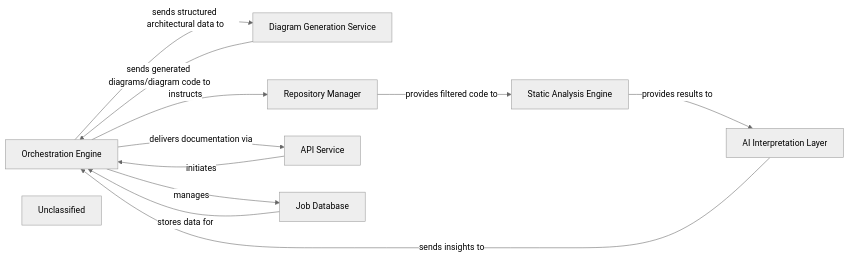
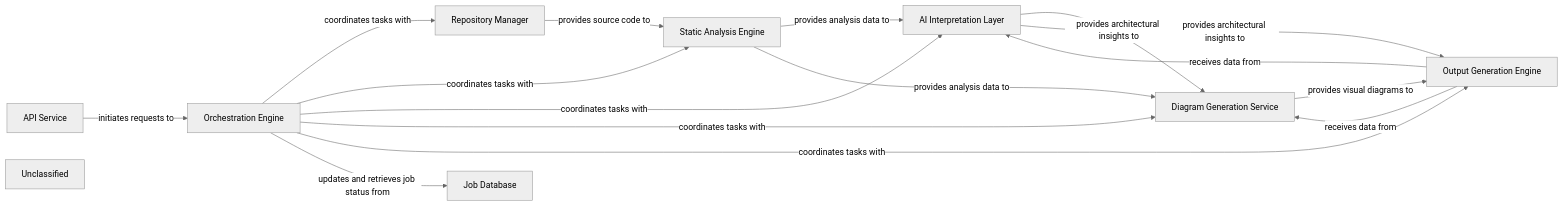
One commit to CodeBoarding/CodeBoarding changed the diagram in .codeboarding/Diagram_Generation_Service.md. Above: the diagram before and after it, drawn with Mermaid (neutral theme). The commit also changed other lines of this file and 11 other files, not shown here.

First line of the commit message:
docs: update codeboarding documentation and generate architecture

````diff
--- a/.codeboarding/Diagram_Generation_Service.md
+++ b/.codeboarding/Diagram_Generation_Service.md
@@ -1,24 +1,31 @@
 ```mermaid
 graph LR
+    API_Service["API Service"]
     Orchestration_Engine["Orchestration Engine"]
+    Repository_Manager["Repository Manager"]
+    Static_Analysis_Engine["Static Analysis Engine"]
+    AI_Interpretation_Layer["AI Interpretation Layer"]
+    Job_Database["Job Database"]
     Diagram_Generation_Service["Diagram Generation Service"]
-    AI_Interpretation_Layer["AI Interpretation Layer"]
-    Static_Analysis_Engine["Static Analysis Engine"]
-    Repository_Manager["Repository Manager"]
-    API_Service["API Service"]
-    Job_Database["Job Database"]
+    Output_Generation_Engine["Output Generation Engine"]
     Unclassified["Unclassified"]
-    API_Service -- "initiates" --> Orchestration_Engine
-    Orchestration_Engine -- "instructs" --> Repository_Manager
-    Repository_Manager -- "provides filtered code to" --> Static_Analysis_Engine
-    Static_Analysis_Engine -- "provides results to" --> AI_Interpretation_Layer
-    AI_Interpretation_Layer -- "sends insights to" --> Orchestration_Engine
-    Orchestration_Engine -- "sends structured architectural data to" --> Diagram_Generation_Service
-    Diagram_Generation_Service -- "sends generated diagrams/diagram code to" --> Orchestration_Engine
-    Orchestration_Engine -- "delivers documentation via" --> API_Service
-    Orchestration_Engine -- "manages" --> Job_Database
-    Job_Database -- "stores data for" --> Orchestration_Engine
+    API_Service -- "initiates requests to" --> Orchestration_Engine
+    Orchestration_Engine -- "coordinates tasks with" --> Repository_Manager
+    Orchestration_Engine -- "coordinates tasks with" --> Static_Analysis_Engine
+    Orchestration_Engine -- "coordinates tasks with" --> AI_Interpretation_Layer
+    Orchestration_Engine -- "coordinates tasks with" --> Diagram_Generation_Service
+    Orchestration_Engine -- "coordinates tasks with" --> Output_Generation_Engine
+    Orchestration_Engine -- "updates and retrieves job status from" --> Job_Database
+    Repository_Manager -- "provides source code to" --> Static_Analysis_Engine
+    Static_Analysis_Engine -- "provides analysis data to" --> AI_Interpretation_Layer
+    Static_Analysis_Engine -- "provides analysis data to" --> Diagram_Generation_Service
+    AI_Interpretation_Layer -- "provides architectural insights to" --> Diagram_Generation_Service
+    AI_Interpretation_Layer -- "provides architectural insights to" --> Output_Generation_Engine
+    Diagram_Generation_Service -- "provides visual diagrams to" --> Output_Generation_Engine
+    Output_Generation_Engine -- "receives data from" --> AI_Interpretation_Layer
+    Output_Generation_Engine -- "receives data from" --> Diagram_Generation_Service
     click Orchestration_Engine href "https://github.com/CodeBoarding/CodeBoarding/blob/main/.codeboarding/Orchestration_Engine.md" "Details"
+    click Static_Analysis_Engine href "https://github.com/CodeBoarding/CodeBoarding/blob/main/.codeboarding/Static_Analysis_Engine.md" "Details"
     click Diagram_Generation_Service href "https://github.com/CodeBoarding/CodeBoarding/blob/main/.codeboarding/Diagram_Generation_Service.md" "Details"
-    click Static_Analysis_Engine href "https://github.com/CodeBoarding/CodeBoarding/blob/main/.codeboarding/Static_Analysis_Engine.md" "Details"
+    click Output_Generation_Engine href "https://github.com/CodeBoarding/CodeBoarding/blob/main/.codeboarding/Output_Generation_Engine.md" "Details"
 ```
````
